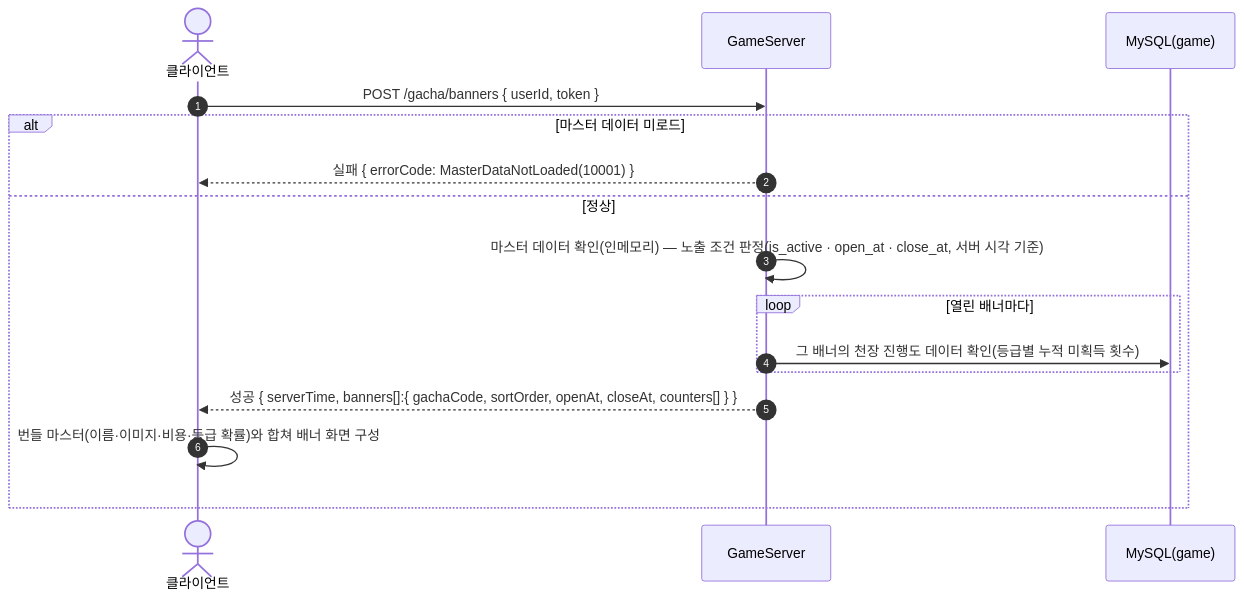
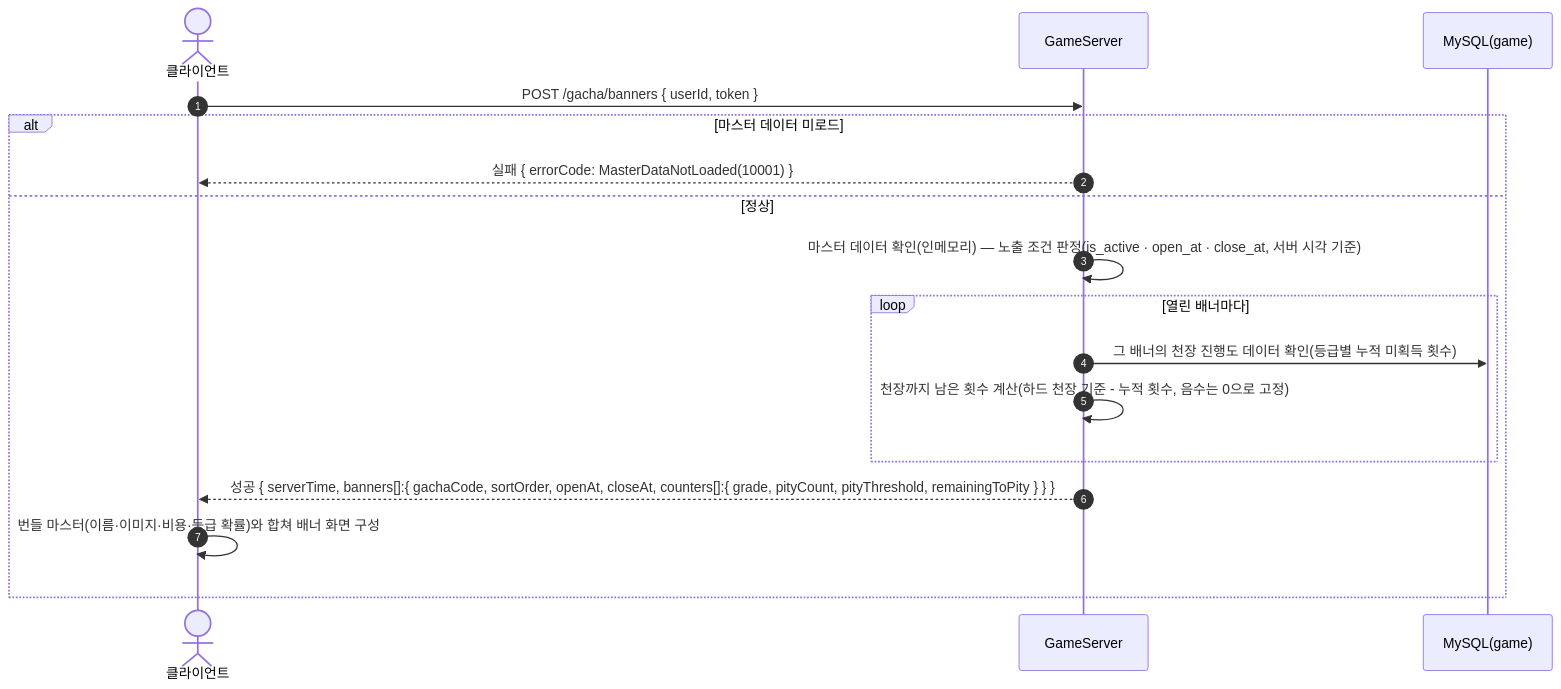
Diagram 30 of 38 in SequenceDiagram/README.md (ks-wook/com2us-taskbar-hero), drawn with Mermaid before and after one commit. The commit also changed other lines of this file and 17 other files, not shown here.

````diff
--- a/SequenceDiagram/README.md
+++ b/SequenceDiagram/README.md
@@ -993,19 +966,20 @@
 ```mermaid
 sequenceDiagram
     autonumber
     actor C as 클라이언트
     participant S as GameServer
     participant DB as MySQL(game)
 
     C->>S: POST /gacha/banners { userId, token }
     alt 마스터 데이터 미로드
         S-->>C: 실패 { errorCode: MasterDataNotLoaded(10001) }
     else 정상
         S->>S: 마스터 데이터 확인(인메모리) — 노출 조건 판정(is_active · open_at · close_at, 서버 시각 기준)
         loop 열린 배너마다
             S->>DB: 그 배너의 천장 진행도 데이터 확인(등급별 누적 미획득 횟수)
+            S->>S: 천장까지 남은 횟수 계산(하드 천장 기준 - 누적 횟수, 음수는 0으로 고정)
         end
-        S-->>C: 성공 { serverTime, banners[]:{ gachaCode, sortOrder, openAt, closeAt, counters[] } }
+        S-->>C: 성공 { serverTime, banners[]:{ gachaCode, sortOrder, openAt, closeAt, counters[]:{ grade, pityCount, pityThreshold, remainingToPity } } }
         C->>C: 번들 마스터(이름·이미지·비용·등급 확률)와 합쳐 배너 화면 구성
     end
 ```
````
